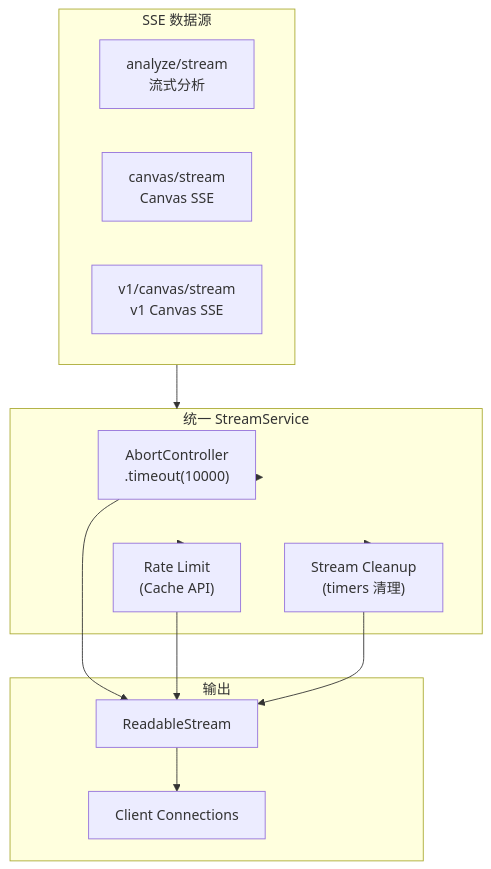
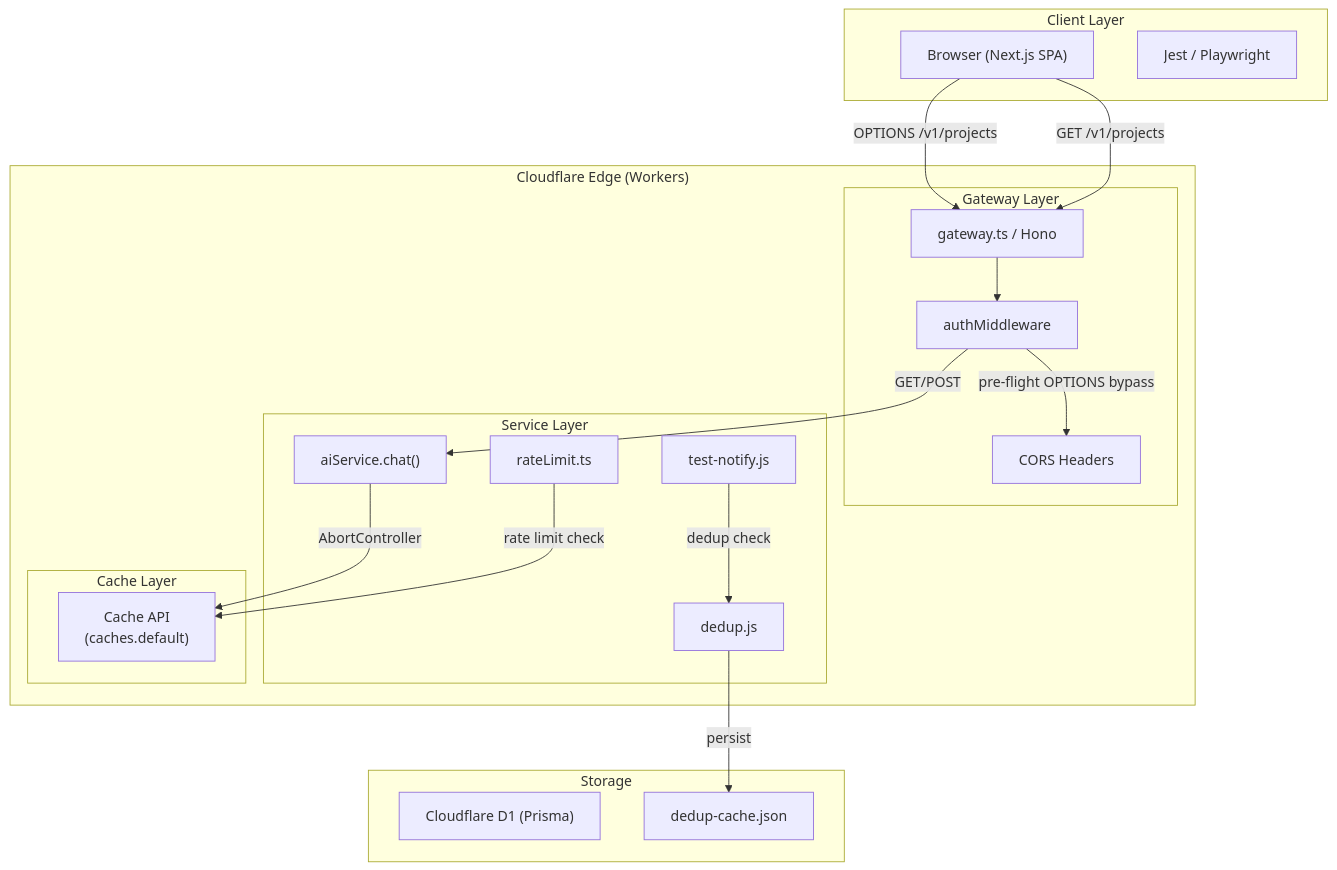
Before and after one commit to MMXC/vibex: the first of 4 diagrams in docs/vibex-architect-proposals-vibex-proposals-20260406/architecture.md, drawn with Mermaid. The commit also changed other lines of this file and 32 other files, not shown here.

````diff
--- a/docs/vibex-architect-proposals-vibex-proposals-20260406/architecture.md
+++ b/docs/vibex-architect-proposals-vibex-proposals-20260406/architecture.md
@@ -255,28 +50,41 @@
 ```mermaid
-flowchart TB
-    subgraph StreamSources["SSE 数据源"]
-        S1["analyze/stream\n流式分析"]
-        S2["canvas/stream\nCanvas SSE"]
-        S3["v1/canvas/stream\nv1 Canvas SSE"]
+graph TB
+    subgraph "Client Layer"
+        Browser["Browser (Next.js SPA)"]
+        TestRunner["Jest / Playwright"]
     end
-    
-    subgraph UnifiedStream["统一 StreamService"]
-        TIMEOUT["AbortController\n.timeout(10000)"]
-        RATE["Rate Limit\n(Cache API)"]
-        CLEAN["Stream Cleanup\n(timers 清理)"]
+
+    subgraph "Cloudflare Edge (Workers)"
+        subgraph "Gateway Layer"
+            GW["gateway.ts / Hono"]
+            Auth["authMiddleware"]
+            CORS["CORS Headers"]
+        end
+
+        subgraph "Service Layer"
+            AIService["aiService.chat()"]
+            RateLimit["rateLimit.ts"]
+            TestNotify["test-notify.js"]
+            Dedup["dedup.js"]
+        end
+
+        subgraph "Cache Layer"
+            CacheAPI["Cache API\n(caches.default)"]
+        end
     end
-    
-    subgraph Output["输出"]
-        RS["ReadableStream"]
-        CLIENTS["Client Connections"]
+
+    subgraph "Storage"
+        D1["Cloudflare D1 (Prisma)"]
+        DedupCache["dedup-cache.json"]
     end
-    
-    StreamSources --> UnifiedStream
-    UnifiedStream --> TIMEOUT
-    UnifiedStream --> RATE
-    UnifiedStream --> CLEAN
-    TIMEOUT --> RS
-    RATE --> RS
-    CLEAN --> RS
-    RS --> CLIENTS
+
+    Browser -->|"OPTIONS /v1/projects"| GW
+    Browser -->|"GET /v1/projects"| GW
+    GW --> Auth
+    Auth -->|"pre-flight OPTIONS bypass"| CORS
+    Auth -->|"GET/POST"| AIService
+    AIService -->|"AbortController"| CacheAPI
+    RateLimit -->|"rate limit check"| CacheAPI
+    TestNotify -->|"dedup check"| Dedup
+    Dedup -->|"persist"| DedupCache
 ```
````
